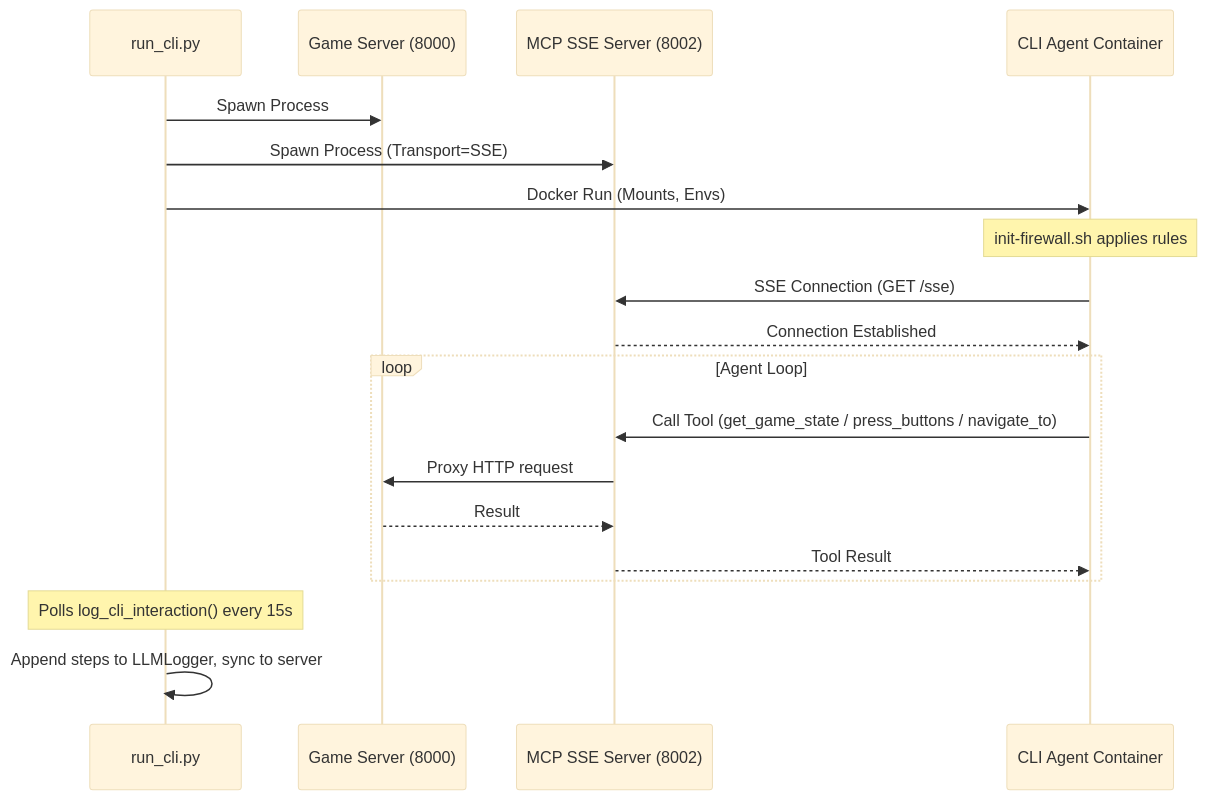
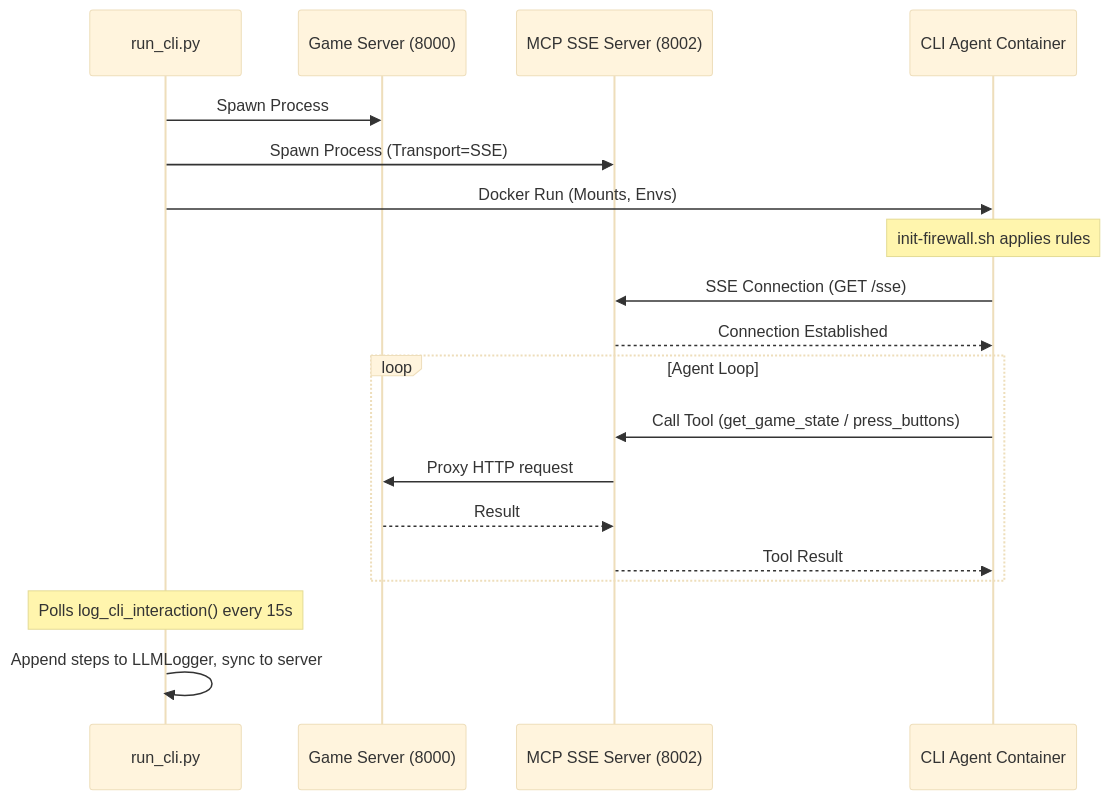
One commit to sethkarten/pokeagent-speedrun changed the diagram in System-Design/architecture/cli_agents/external_mcp_agents.md. Above: the diagram before and after it, drawn with Mermaid (base theme). The commit also changed other lines of this file and 2 other files, not shown here.

````diff
--- a/System-Design/architecture/cli_agents/external_mcp_agents.md
+++ b/System-Design/architecture/cli_agents/external_mcp_agents.md
@@ -91,26 +91,26 @@
 ```mermaid
 sequenceDiagram
     participant Host as run_cli.py
     participant GS as Game Server (8000)
     participant MCP as MCP SSE Server (8002)
     participant Agent as CLI Agent Container
 
     Host->>GS: Spawn Process
     Host->>MCP: Spawn Process (Transport=SSE)
     Host->>Agent: Docker Run (Mounts, Envs)
     
     Note over Agent: init-firewall.sh applies rules
     
     Agent->>MCP: SSE Connection (GET /sse)
     MCP-->>Agent: Connection Established
     
     loop Agent Loop
-        Agent->>MCP: Call Tool (get_game_state / press_buttons / navigate_to)
+        Agent->>MCP: Call Tool (get_game_state / press_buttons)
         MCP->>GS: Proxy HTTP request
         GS-->>MCP: Result
         MCP-->>Agent: Tool Result
     end
     
     Note over Host: Polls log_cli_interaction() every 15s
     Host->>Host: Append steps to LLMLogger, sync to server
 ```
````
